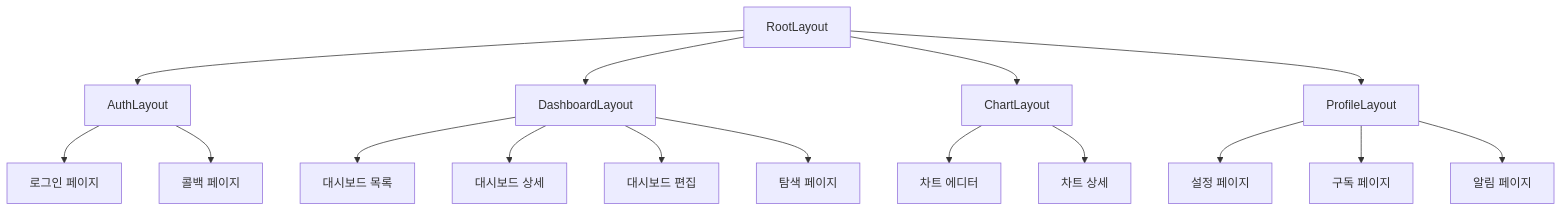
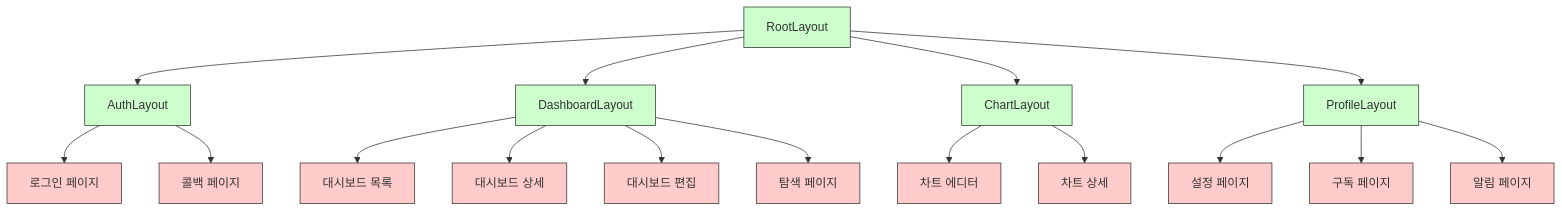
Before and after one commit to Seungwoo321/etorch-docs: the third of 16 diagrams in frontend/routing.md, drawn with Mermaid. The commit also changed other lines of this file, not shown here.

````diff
--- a/frontend/routing.md
+++ b/frontend/routing.md
@@ -99,22 +121,28 @@
 ```mermaid
 flowchart TD
     Root[RootLayout] --> Auth[AuthLayout]
     Root --> Dashboard[DashboardLayout]
     Root --> Chart[ChartLayout]
     Root --> Profile[ProfileLayout]
     
     Auth --> Login[로그인 페이지]
     Auth --> Callback[콜백 페이지]
     
     Dashboard --> DashboardList[대시보드 목록]
     Dashboard --> DashboardDetail[대시보드 상세]
     Dashboard --> DashboardEdit[대시보드 편집]
     Dashboard --> Explore[탐색 페이지]
     
     Chart --> ChartEditor[차트 에디터]
     Chart --> ChartDetail[차트 상세]
     
     Profile --> Settings[설정 페이지]
     Profile --> Subscription[구독 페이지]
     Profile --> Notifications[알림 페이지]
+    
+    classDef layout fill:#ccffcc,stroke:#333,stroke-width:1px
+    classDef page fill:#ffcccb,stroke:#333,stroke-width:1px
+    
+    class Root,Auth,Dashboard,Chart,Profile layout
+    class Login,Callback,DashboardList,DashboardDetail,DashboardEdit,Explore,ChartEditor,ChartDetail,Settings,Subscription,Notifications page
 ```
````
